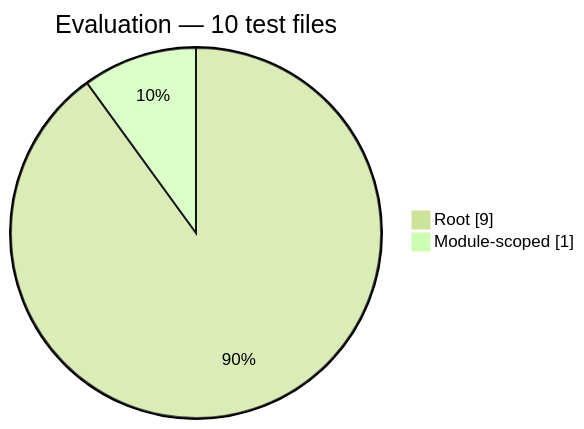
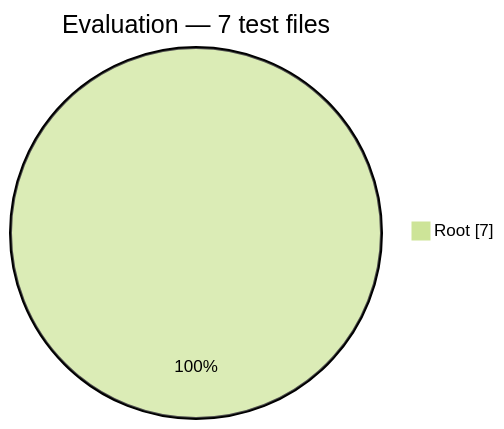
Before and after one commit to Mohammed-Alama/php-arazzo: the third of 12 diagrams in docs/generated/test-composition.md, drawn with Mermaid (forest theme). The commit also changed other lines of this file and 29 other files, not shown here.

````diff
--- a/docs/generated/test-composition.md
+++ b/docs/generated/test-composition.md
@@ -42,6 +42,5 @@
 ```mermaid
 pie showData
-    title Evaluation — 10 test files
-    "Root": 9
-    "Module-scoped": 1
+    title Evaluation — 7 test files
+    "Root": 7
 ```
````
